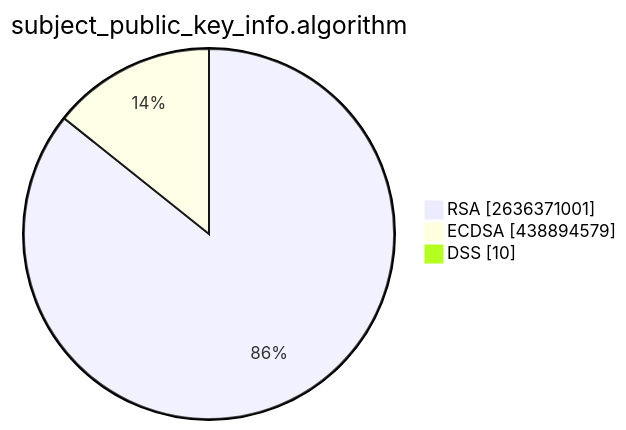
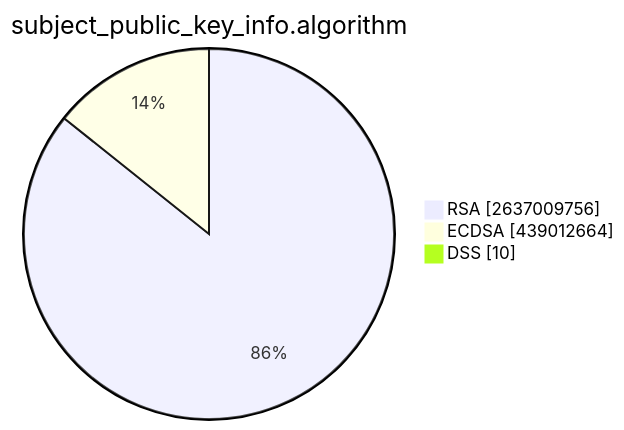
One commit to christiankrug/ctmonitor_visualization changed the second of 15 diagrams in TOTAL/README.md. Above: the diagram before and after it, drawn with Mermaid. The commit also changed other lines of this file, not shown here.

````diff
--- a/TOTAL/README.md
+++ b/TOTAL/README.md
@@ -6,7 +6,7 @@
 ```mermaid
 pie showData
 title subject_public_key_info.algorithm
-"RSA" :2636371001
-"ECDSA" :438894579
+"RSA" :2637009756
+"ECDSA" :439012664
 "DSS" :10
 ```
````
